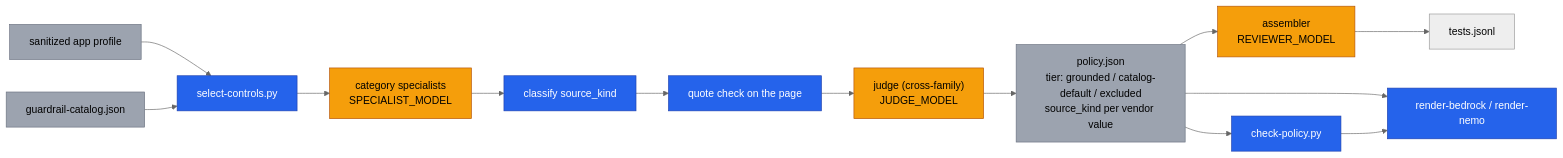
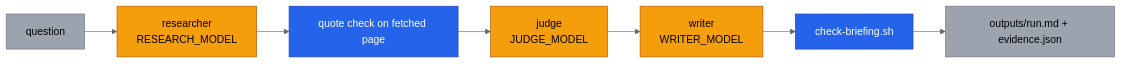
One commit to arifbazli/docker-agent-prisma-cortex changed the second of 2 diagrams in docs/architecture.md. Above: the diagram before and after it, drawn with Mermaid (neutral theme). The commit also changed other lines of this file and 5 other files, not shown here.

Commit message:
docs: rewrite README; move details into docs/guardrail-generator.md, docs-briefing.md, settings.md; add docs link/path test (#3)

````diff
--- a/docs/architecture.md
+++ b/docs/architecture.md
@@ -50,21 +38,13 @@
 ```mermaid
 flowchart LR
-    Profile["sanitized app profile"]:::data
-    Catalog["guardrail-catalog.json"]:::data
-    Profile --> Select["select-controls.py"]:::script
-    Catalog --> Select
-    Select --> Special["category specialists<br/>SPECIALIST_MODEL"]:::llm
-    Special --> SourceKind["classify source_kind"]:::script
-    SourceKind --> Quote["quote check on the page"]:::script
-    Quote --> Judge["judge (cross-family)<br/>JUDGE_MODEL"]:::llm
-    Judge --> Policy["policy.json<br/>tier: grounded / catalog-default / excluded<br/>source_kind per vendor value"]:::data
-    Policy --> Assembler["assembler<br/>REVIEWER_MODEL"]:::llm
-    Policy --> Render["render-bedrock / render-nemo"]:::script
-    Assembler --> Tests["tests.jsonl"]
-    Policy --> Check["check-policy.py"]:::script
-    Check --> Render
+    Q["question"]:::data --> R["researcher<br/>RESEARCH_MODEL"]:::llm
+    R --> QC["quote check on fetched page"]:::script
+    QC --> J["judge<br/>JUDGE_MODEL"]:::llm
+    J --> W["writer<br/>WRITER_MODEL"]:::llm
+    W --> C["check-briefing.sh"]:::script
+    C --> B["outputs/run.md + evidence.json"]:::data
 
     classDef script fill:#2563eb,color:#fff,stroke:#1e40af
     classDef llm fill:#f59e0b,color:#000,stroke:#b45309
     classDef data fill:#9ca3af,color:#000,stroke:#6b7280
 ```
````
